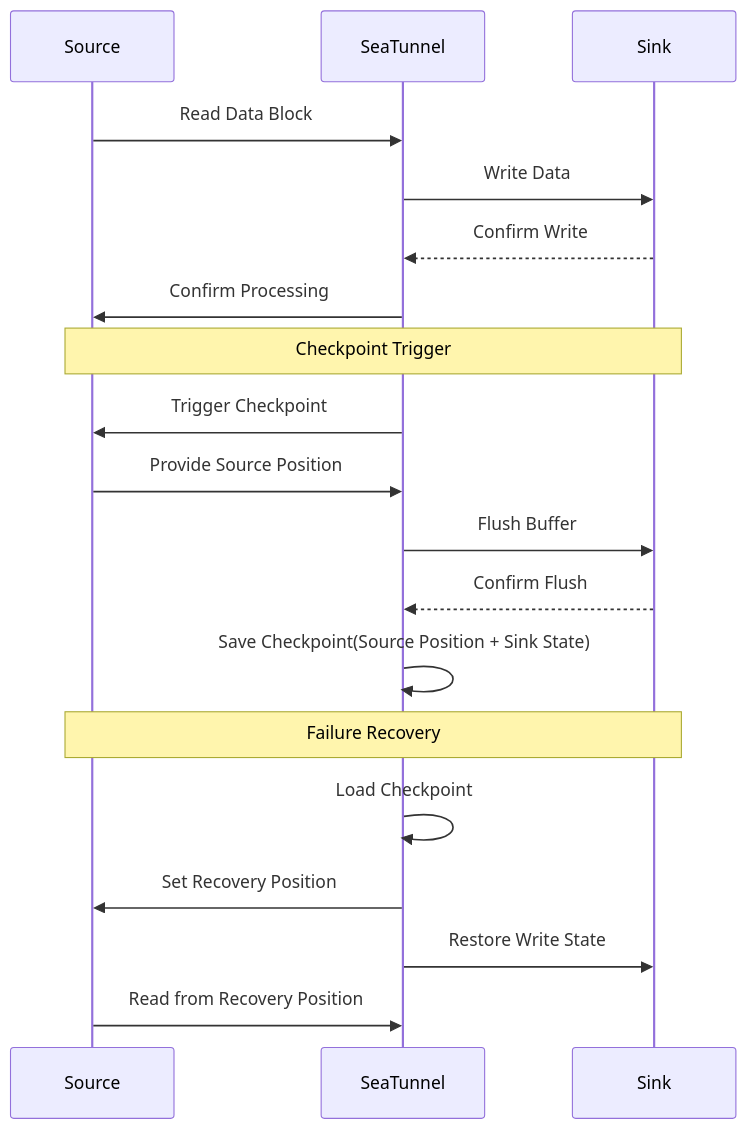
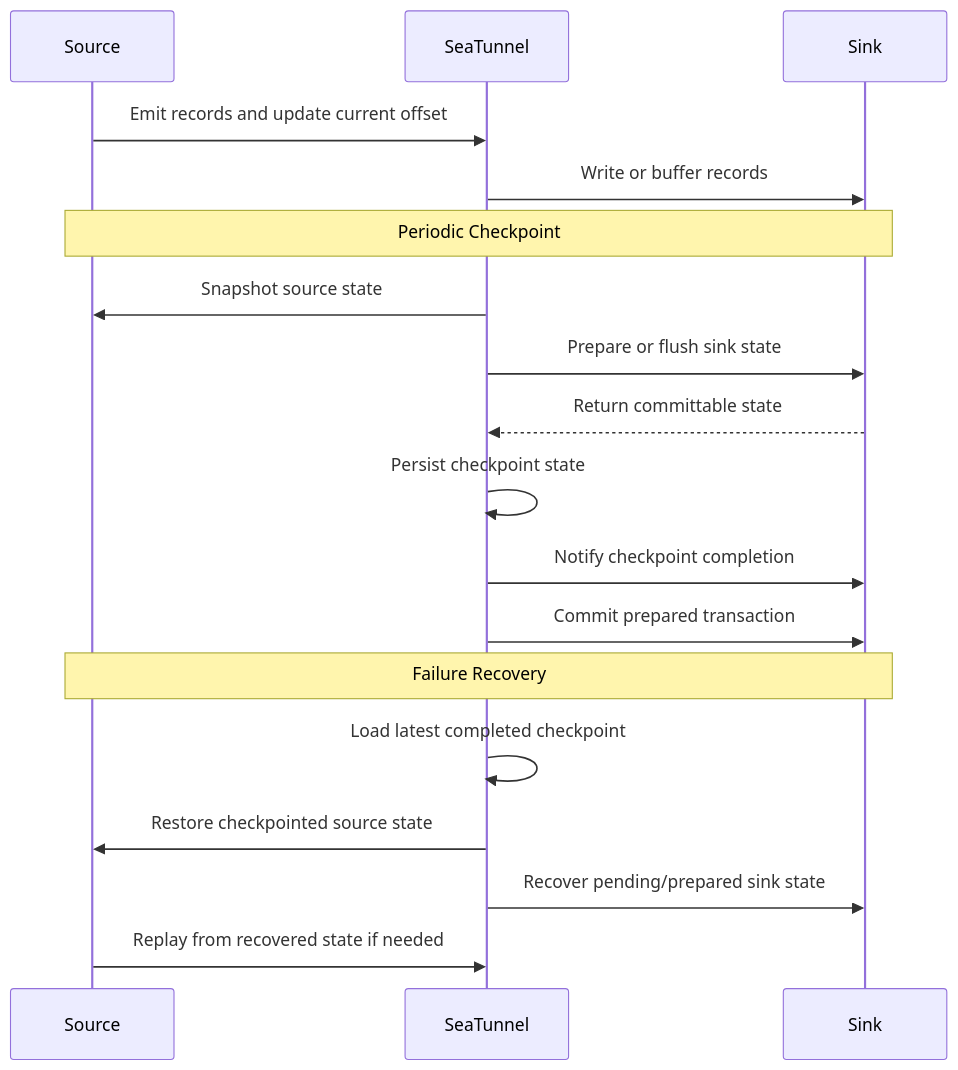
Before and after one commit to apache/seatunnel-website: the eighth of 8 diagrams in blog/2026-07-25-seatunnel-zero-loss-zero-duplication-data-consistency.md, drawn with Mermaid. The commit also changed other lines of this file and 1 other file, not shown here.

Commit message:
Refine data consistency guarantees and examples

````diff
--- a/blog/2026-07-25-seatunnel-zero-loss-zero-duplication-data-consistency.md
+++ b/blog/2026-07-25-seatunnel-zero-loss-zero-duplication-data-consistency.md
@@ -363,24 +387,23 @@
 ```mermaid
 sequenceDiagram
     participant Source
     participant SeaTunnel
     participant Sink
 
-    Source->>SeaTunnel: Read Data Block
-    SeaTunnel->>Sink: Write Data
-    Sink-->>SeaTunnel: Confirm Write
-    SeaTunnel->>Source: Confirm Processing
+    Source->>SeaTunnel: Emit records and update current offset
+    SeaTunnel->>Sink: Write or buffer records
 
-    Note over Source,Sink: Checkpoint Trigger
-    SeaTunnel->>Source: Trigger Checkpoint
-    Source->>SeaTunnel: Provide Source Position
-    SeaTunnel->>Sink: Flush Buffer
-    Sink-->>SeaTunnel: Confirm Flush
-    SeaTunnel->>SeaTunnel: Save Checkpoint(Source Position + Sink State)
+    Note over Source,Sink: Periodic Checkpoint
+    SeaTunnel->>Source: Snapshot source state
+    SeaTunnel->>Sink: Prepare or flush sink state
+    Sink-->>SeaTunnel: Return committable state
+    SeaTunnel->>SeaTunnel: Persist checkpoint state
+    SeaTunnel->>Sink: Notify checkpoint completion
+    SeaTunnel->>Sink: Commit prepared transaction
 
     Note over Source,Sink: Failure Recovery
-    SeaTunnel->>SeaTunnel: Load Checkpoint
-    SeaTunnel->>Source: Set Recovery Position
-    SeaTunnel->>Sink: Restore Write State
-    Source->>SeaTunnel: Read from Recovery Position
+    SeaTunnel->>SeaTunnel: Load latest completed checkpoint
+    SeaTunnel->>Source: Restore checkpointed source state
+    SeaTunnel->>Sink: Recover pending/prepared sink state
+    Source->>SeaTunnel: Replay from recovered state if needed
 ```
````
